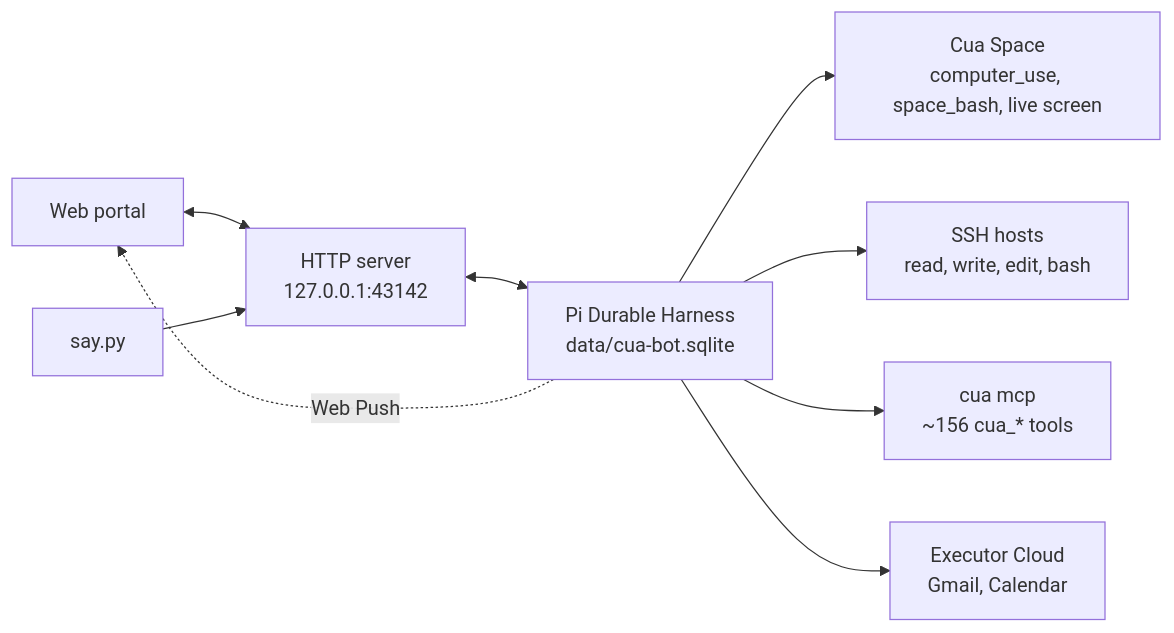
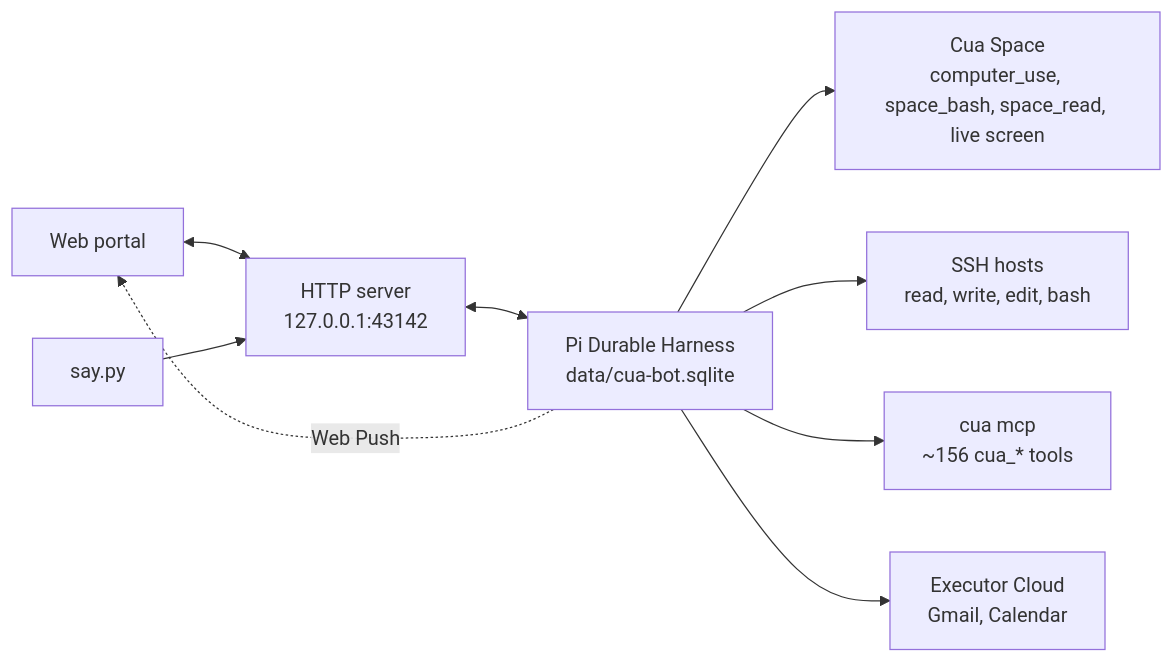
The diagram in docs/architecture.md (stanley50z/cua-bot), drawn with Mermaid before and after one commit. The commit also changed other lines of this file and 6 other files, not shown here.

First line of the commit message:
Let bots read files and images on any Cua Space

````diff
--- a/docs/architecture.md
+++ b/docs/architecture.md
@@ -5,11 +5,11 @@
 ```mermaid
 flowchart LR
   browser[Web portal] <--> server
   say[say.py] --> server
   server["HTTP server<br/>127.0.0.1:43142"] <--> harness["Pi Durable Harness<br/>data/cua-bot.sqlite"]
-  harness --> space["Cua Space<br/>computer_use, space_bash, live screen"]
+  harness --> space["Cua Space<br/>computer_use, space_bash, space_read, live screen"]
   harness --> ssh["SSH hosts<br/>read, write, edit, bash"]
   harness --> cua["cua mcp<br/>~156 cua_* tools"]
   harness --> executor["Executor Cloud<br/>Gmail, Calendar"]
   harness -. Web Push .-> browser
 ```
````
